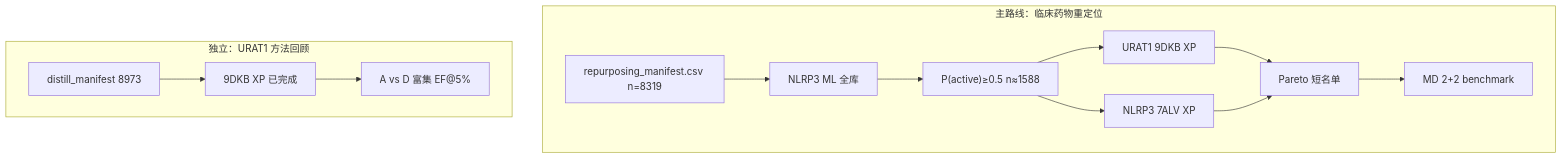
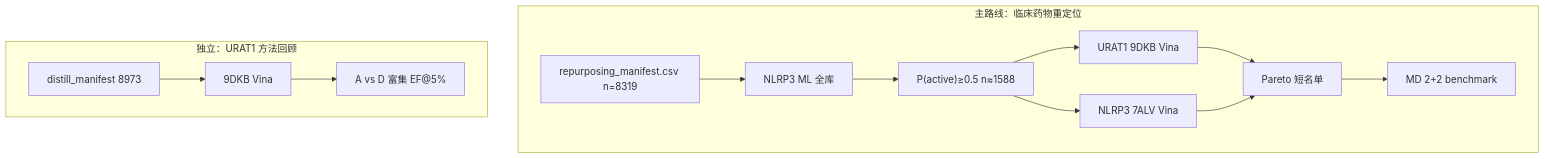
One commit to 1280602962-debug/gwj260531 changed the diagram in URAT1_NLRP3_DualTarget_AIDD_Project/docs/WORKFLOW_CURRENT.md. Above: the diagram before and after it, drawn with Mermaid. The commit also changed other lines of this file and 24 other files, not shown here.

````diff
--- a/URAT1_NLRP3_DualTarget_AIDD_Project/docs/WORKFLOW_CURRENT.md
+++ b/URAT1_NLRP3_DualTarget_AIDD_Project/docs/WORKFLOW_CURRENT.md
@@ -11,24 +11,24 @@
 ```mermaid
 flowchart TB
   subgraph MAIN [主路线：临床药物重定位]
     M1[repurposing_manifest.csv n=8319]
     M2[NLRP3 ML 全库]
     M3["P(active)≥0.5 n≈1588"]
-    M4[URAT1 9DKB XP]
-    M5[NLRP3 7ALV XP]
+    M4[URAT1 9DKB Vina]
+    M5[NLRP3 7ALV Vina]
     M6[Pareto 短名单]
     M7[MD 2+2 benchmark]
     M1 --> M2 --> M3 --> M4
     M3 --> M5
     M4 --> M6
     M5 --> M6
     M6 --> M7
   end
 
   subgraph RETRO [独立：URAT1 方法回顾]
     R1[distill_manifest 8973]
-    R2[9DKB XP 已完成]
+    R2[9DKB Vina]
     R3[A vs D 富集 EF@5%]
     R1 --> R2 --> R3
   end
 ```
````
